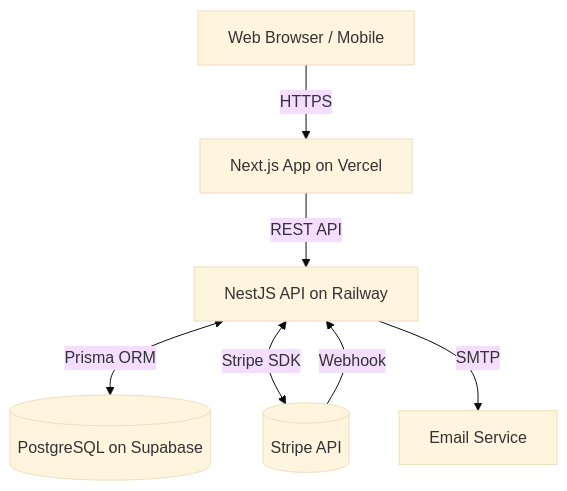
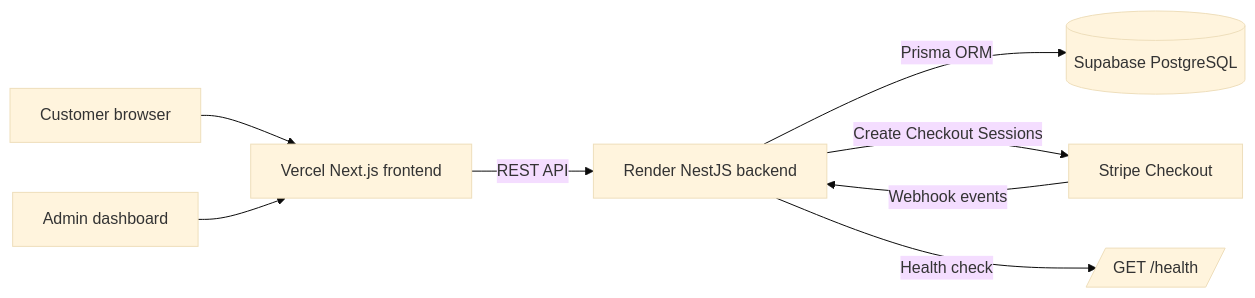
One commit to yuann1020/Repok_RPC changed the diagram in README.md. Above: the diagram before and after it, drawn with Mermaid (base theme). The commit also changed other lines of this file, not shown here.

````diff
--- a/README.md
+++ b/README.md
@@ -76,9 +83,10 @@
 ```mermaid
-graph TD
-    Client[Web Browser / Mobile] -->|HTTPS| Frontend[Next.js App on Vercel]
-    Frontend -->|REST API| Backend[NestJS API on Railway]
-    Backend <-->|Prisma ORM| DB[(PostgreSQL on Supabase)]
-    Backend <-->|Stripe SDK| Stripe[(Stripe API)]
-    Stripe -->|Webhook| Backend
-    Backend -->|SMTP| Email[Email Service]
+flowchart LR
+    Customer[Customer browser] --> Frontend[Vercel Next.js frontend]
+    Admin[Admin dashboard] --> Frontend
+    Frontend -->|REST API| Backend[Render NestJS backend]
+    Backend -->|Prisma ORM| Database[(Supabase PostgreSQL)]
+    Backend -->|Create Checkout Sessions| Stripe[Stripe Checkout]
+    Stripe -->|Webhook events| Backend
+    Backend -->|Health check| Health[/GET /health/]
 ```
````
